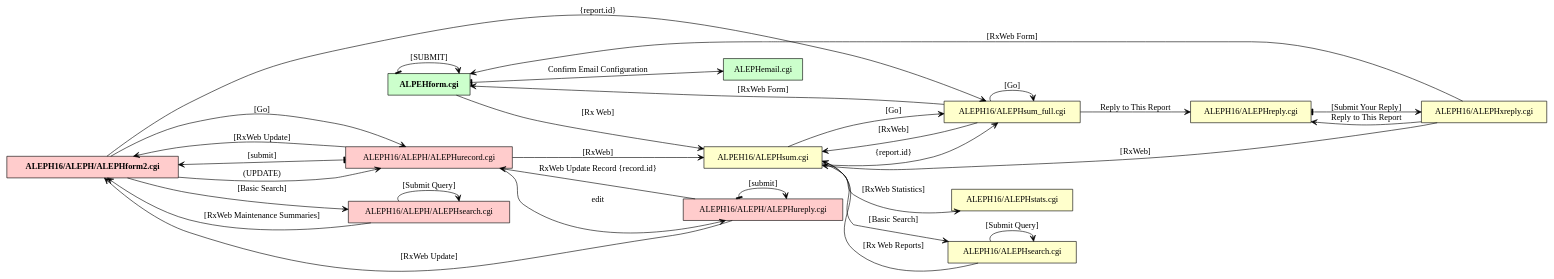
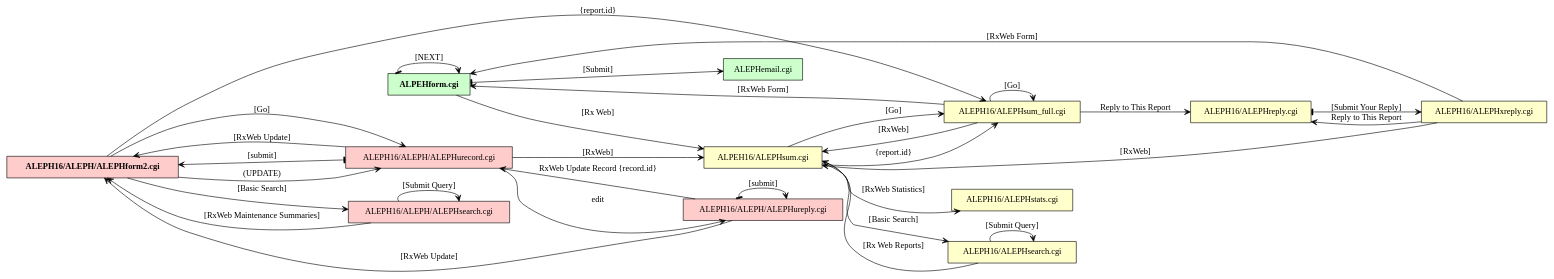
One commit to umd-lib/alephrx changed the diagram in docs/pageflow.dot. Above: the diagram before and after it, drawn with Graphviz. The commit also changed 1 other file, not shown here.

Commit message:
LIBILS-61 Updated labels on "pageflow" flowchart diagram
Updated transition labels on "pageflow" flowchart diagram to reflect changes in
form button labels.

```diff
--- a/docs/pageflow.dot
+++ b/docs/pageflow.dot
@@ -1,91 +1,91 @@
 // High-level flow between the CGI scripts in Aleph Rx
 
 digraph {
     rankdir = LR
     node [ shape = rect style = filled ]
     edge [ arrowhead = open ]
 
     // public pages
     node [ fillcolor = "#ccffcc" ]
     form [ label = "ALPEHform.cgi" fontname = "Times-Bold" ]
     email_confirm [ label = "ALEPHemail.cgi" ]
     // XXX: NON-PRODUCTION: ALEPHdate.cgi
 
     // user pages requiring login (ALEPH16 directory)
     node [ fillcolor = "#ffffcc" ]
     user_summary [ label = "ALPEH16/ALEPHsum.cgi" ]
     stats [ label = "ALEPH16/ALEPHstats.cgi" ]
     search [ label = "ALEPH16/ALEPHsearch.cgi" ]
     user_full [ label = "ALEPH16/ALEPHsum_full.cgi" ]
     user_reply [ label = "ALEPH16/ALEPHreply.cgi" ]
     user_reply_sent [ label = "ALEPH16/ALEPHxreply.cgi" ]
 
     // staff-only pages (ALEPH16/ALEPH directory)
     node [ fillcolor = "#ffcccc" ]
     staff_summary
         [ label = "ALEPH16/ALEPH/ALEPHform2.cgi" fontname = "Times-Bold" ]
     staff_search [ label = "ALEPH16/ALEPH/ALEPHsearch.cgi" ]
     staff_edit_record [ label = "ALEPH16/ALEPH/ALEPHurecord.cgi" ]
     staff_edit_reply [ label = "ALEPH16/ALEPH/ALEPHureply.cgi" ]
     // XXX: NON-PRODUCTION: ALEPHfulltext.cgi
     /*
     // XXX: isolated; no inbound links from the entry points
     drecord [ label = "ALEPH16/ALEPH/ALEPHdrecord.cgi" ]
     irecord [ label = "ALEPH16/ALEPH/ALEPHirecord.cgi" ]
     recs [ label = "ALEPH16/ALEPH/ALEPHrecs.cgi" ]
     update [ label = "ALEPH16/ALEPH/ALEPHupdate.cgi" ]
     xrecord [ label = "ALEPH16/ALEPH/ALEPHxrecord.cgi" ]
     */
 
     // navigation
     form -> user_summary [ label = "[Rx Web]" ]
     user_summary -> stats [ label = "[RxWeb Statistics]" ]
     user_summary -> search [ label = "[Basic Search]" ]
     user_summary -> user_full [ label = "{report.id}" ]
     search -> user_summary [ label = "[Rx Web Reports]" ]
     user_full -> user_reply [ label = "Reply to This Report" ]
     user_full -> form [ label = "[RxWeb Form]" ]
     user_full -> user_summary [ label = "[RxWeb]" ]
     user_reply_sent -> user_reply [ label = "Reply to This Report" ]
     user_reply_sent -> form [ label = "[RxWeb Form]" ]
     user_reply_sent -> user_summary [ label = "[RxWeb]" ]
     staff_summary -> staff_search [ label = "[Basic Search]" ]
     staff_summary -> user_full [ label = "{report.id}" ]
     staff_summary -> staff_edit_record [ label = "(UPDATE)" ]
     staff_summary -> staff_edit_record [ label = "[Go]" ]
     staff_search -> staff_summary [ label = "[RxWeb Maintenance Summaries]" ]
     staff_edit_record -> user_summary [ label = "[RxWeb]" ]
     staff_edit_record -> staff_summary [ label = "[RxWeb Update]" ]
     staff_edit_record -> staff_edit_reply [ label = "edit" ]
     staff_edit_reply -> staff_summary [ label = "[RxWeb Update]" ]
     staff_edit_reply -> staff_edit_record 
         [ label = "RxWeb Update Record {record.id}" ]
     /*
     // XXX: isolated
     irecord -> drecord [ label = "(DELETE)" ]
     xrecord -> drecord [ label = "(DELETE)" ]
     xrecord -> staff_edit_record
     */
 
     // non-updating form submissions
     search -> search [ label = "[Submit Query]" ]
     user_summary -> user_full [ label = "[Go]" ]
     user_full -> user_full [ label = "[Go]" ]
     staff_search -> staff_search [ label = "[Submit Query]" ]
     /*
     // XXX: isolated
     drecord -> xrecord [ label = "[No]" ]
     */
     
     // POSTs that update or take other actions on the server
     edge [ dir = both; arrowtail = tee ]
-    form -> form [ label = "[SUBMIT]" ]
-    form -> email_confirm [ label = "Confirm Email Configuration" ]
+    form -> form [ label = "[NEXT]" ]
+    form -> email_confirm [ label = "[Submit]" ]
     user_reply -> user_reply_sent [ label = "[Submit Your Reply]" ]
     staff_edit_record -> staff_summary [ label = "[submit]" ]
     staff_edit_reply -> staff_edit_reply [ label = "[submit]" ]
     /*
     // XXX: isolated
     drecord -> xrecord [ label = "[Yes]" ]
     */
 }
```
